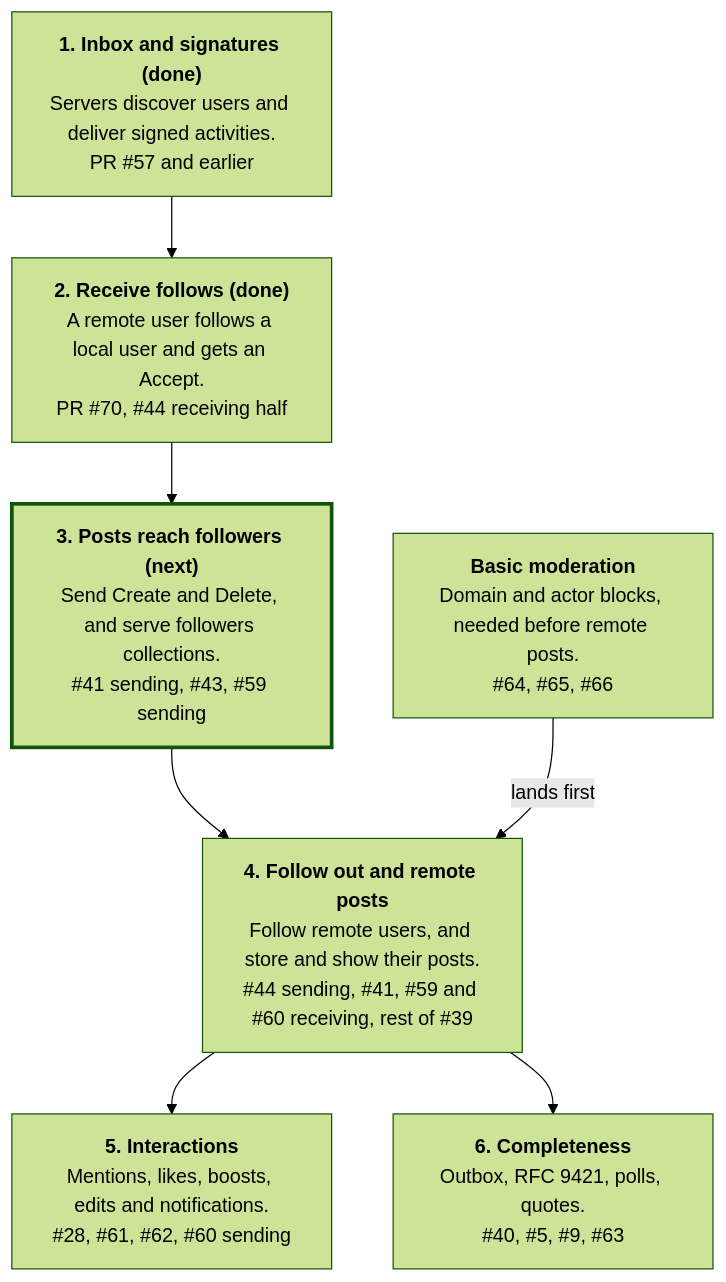
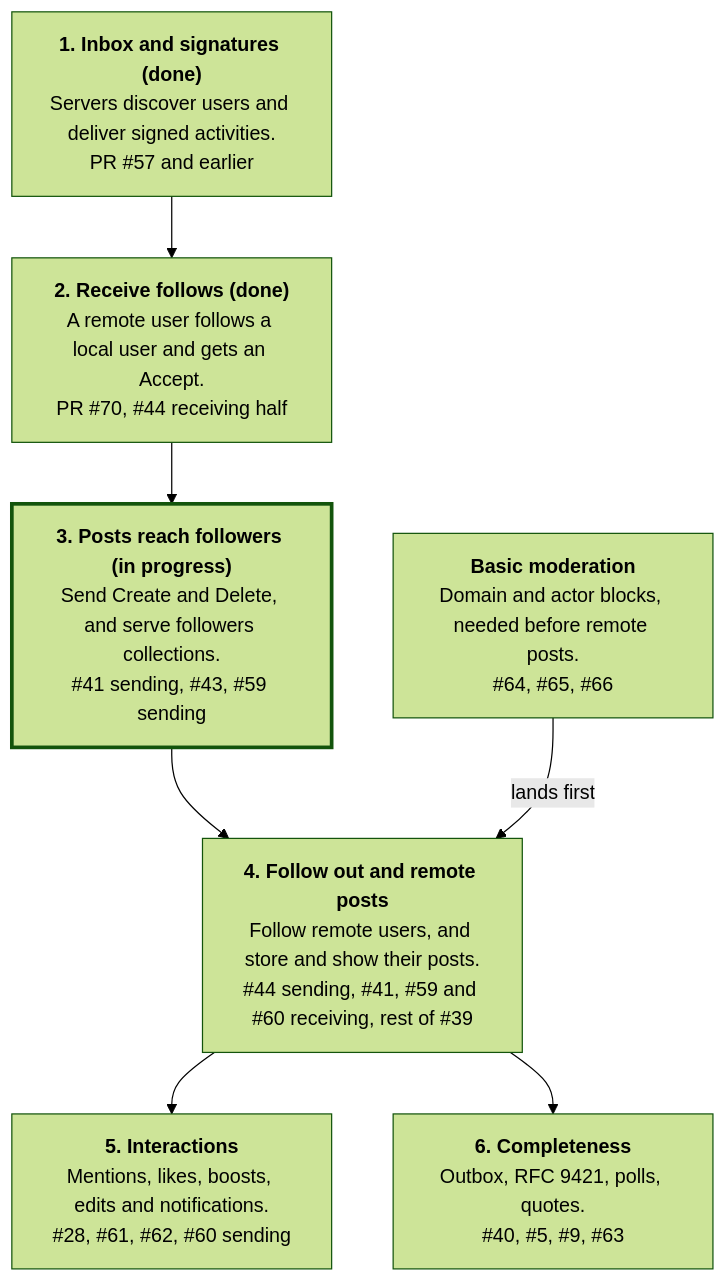
One commit to normikoto/elysium changed the diagram in docs/federation-plan.md. Above: the diagram before and after it, drawn with Mermaid (forest theme). The commit also changed other lines of this file, not shown here.

First line of the commit message:
Update the federation plan for sending Create

````diff
--- a/docs/federation-plan.md
+++ b/docs/federation-plan.md
@@ -24,16 +25,16 @@
 ```mermaid
 flowchart TD
     m1["<b>1. Inbox and signatures (done)</b><br/>Servers discover users and deliver signed activities.<br/>PR #57 and earlier"]
     m2["<b>2. Receive follows (done)</b><br/>A remote user follows a local user and gets an Accept.<br/>PR #70, #44 receiving half"]
-    m3["<b>3. Posts reach followers (next)</b><br/>Send Create and Delete, and serve followers collections.<br/>#41 sending, #43, #59 sending"]
+    m3["<b>3. Posts reach followers (in progress)</b><br/>Send Create and Delete, and serve followers collections.<br/>#41 sending, #43, #59 sending"]
     m4["<b>4. Follow out and remote posts</b><br/>Follow remote users, and store and show their posts.<br/>#44 sending, #41, #59 and #60 receiving, rest of #39"]
     m5["<b>5. Interactions</b><br/>Mentions, likes, boosts, edits and notifications.<br/>#28, #61, #62, #60 sending"]
     mod["<b>Basic moderation</b><br/>Domain and actor blocks, needed before remote posts.<br/>#64, #65, #66"]
     m6["<b>6. Completeness</b><br/>Outbox, RFC 9421, polls, quotes.<br/>#40, #5, #9, #63"]
 
     m1 --> m2 --> m3 --> m4 --> m5
     mod -- lands first --> m4
     m4 --> m6
 
     style m3 stroke-width:3px
 ```
````
